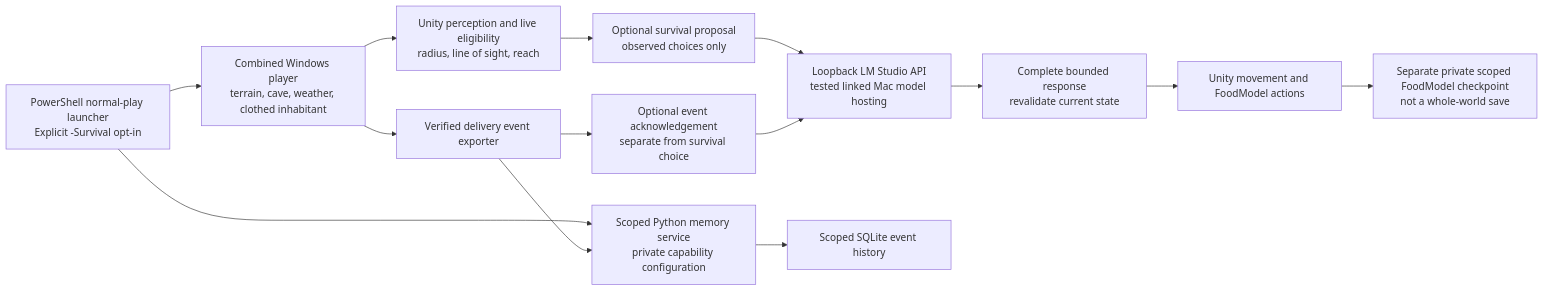
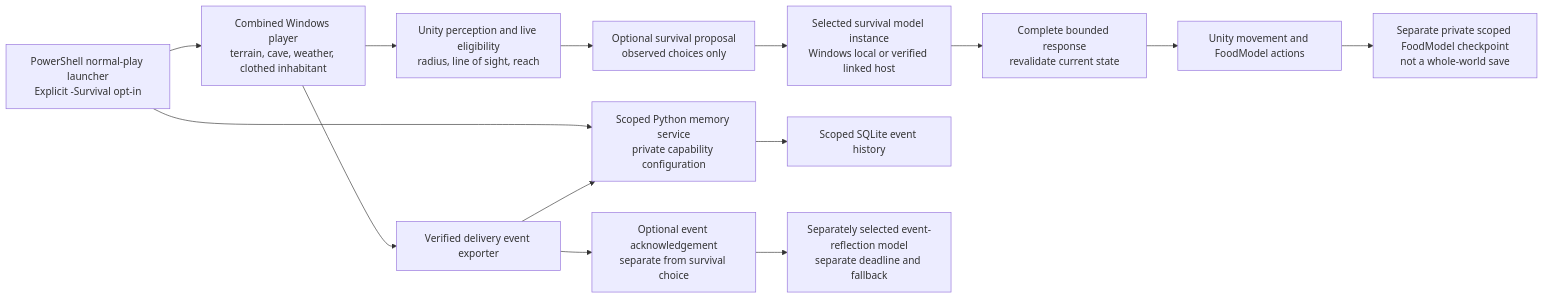
The first of 2 diagrams in docs/SYSTEM-ARCHITECTURE.md (duikindiesee/kooker-starfall), drawn with Mermaid before and after one commit. The commit also changed other lines of this file, not shown here.

Commit message:
docs: distinguish survival and event reflection model routing

````diff
--- a/docs/SYSTEM-ARCHITECTURE.md
+++ b/docs/SYSTEM-ARCHITECTURE.md
@@ -10,16 +33,16 @@
 ```mermaid
 flowchart LR
     Launch["PowerShell normal-play launcher<br/>Explicit -Survival opt-in"] --> Unity["Combined Windows player<br/>terrain, cave, weather, clothed inhabitant"]
     Launch --> Service["Scoped Python memory service<br/>private capability configuration"]
     Unity --> Sense["Unity perception and live eligibility<br/>radius, line of sight, reach"]
     Sense --> Proposal["Optional survival proposal<br/>observed choices only"]
-    Proposal --> LM["Loopback LM Studio API<br/>tested linked Mac model hosting"]
-    LM --> Admission["Complete bounded response<br/>revalidate current state"]
+    Proposal --> SurvivalLM["Selected survival model instance<br/>Windows local or verified linked host"]
+    SurvivalLM --> Admission["Complete bounded response<br/>revalidate current state"]
     Admission --> Actions["Unity movement and FoodModel actions"]
     Actions --> FoodSave["Separate private scoped FoodModel checkpoint<br/>not a whole-world save"]
     Unity --> Delivery["Verified delivery event exporter"]
     Delivery --> Service
     Service --> Ledger["Scoped SQLite event history"]
     Delivery --> Reflection["Optional event acknowledgement<br/>separate from survival choice"]
-    Reflection --> LM
+    Reflection --> ReflectionLM["Separately selected event-reflection model<br/>separate deadline and fallback"]
 ```
````
